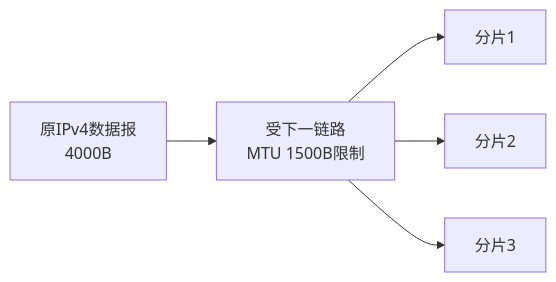
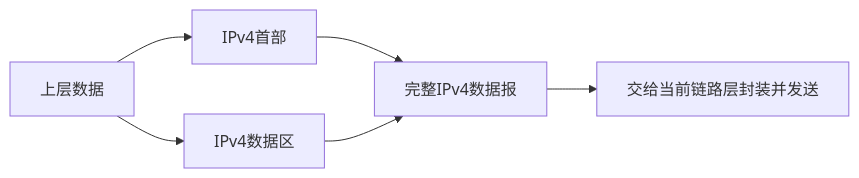
Before and after one commit to 74262195/system-architect-notes: the first of 3 diagrams in 01_综合知识/01_计算机系统基础知识/03_计算机网络/05_IP网络与路由/IPv4报文与分片.md, drawn with Mermaid. The commit also changed other lines of this file and 3 other files, not shown here.

````diff
--- a/01_综合知识/01_计算机系统基础知识/03_计算机网络/05_IP网络与路由/IPv4报文与分片.md
+++ b/01_综合知识/01_计算机系统基础知识/03_计算机网络/05_IP网络与路由/IPv4报文与分片.md
@@ -52,7 +48,8 @@
 ```mermaid
 flowchart LR
-    A[原IPv4数据报<br/>4000B] --> B[受下一链路<br/>MTU 1500B限制]
-    B --> C[分片1]
-    B --> D[分片2]
-    B --> E[分片3]
+    A[上层数据] --> B[IPv4首部]
+    A --> C[IPv4数据区]
+    B --> D[完整IPv4数据报]
+    C --> D
+    D --> E[交给当前链路层封装并发送]
 ```
````
